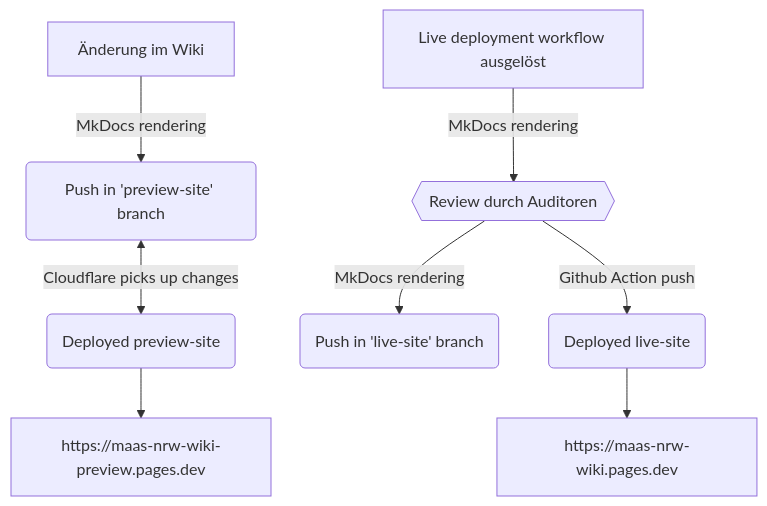
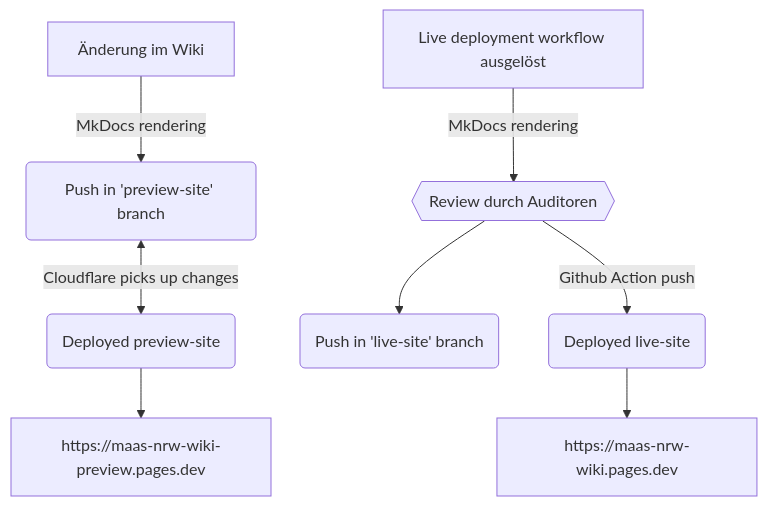
The diagram in docs/bedienung/setup.md (FabianBrendelMUNV/mkdocs-wiki-test), drawn with Mermaid before and after one commit.

Commit message:
Correct Mermaid Diagram

````diff
--- a/docs/bedienung/setup.md
+++ b/docs/bedienung/setup.md
@@ -30,11 +30,11 @@
 ``` mermaid
 flowchart TD
     A1[Änderung im Wiki] --> |MkDocs rendering| A2(Push in 'preview-site' branch)
     A2 <--> |Cloudflare picks up changes| A3(Deployed preview-site)
     A3 --> A4[https://maas-nrw-wiki-preview.pages.dev]
 
     B1[Live deployment workflow ausgelöst] -->|MkDocs rendering| B2{{Review durch Auditoren}}
-    B2 --> |MkDocs rendering| B3(Push in 'live-site' branch)
+    B2 --> B3(Push in 'live-site' branch)
     B2 --> |Github Action push| B4(Deployed live-site)
     B4 --> B5[https://maas-nrw-wiki.pages.dev]        
 ```
````
